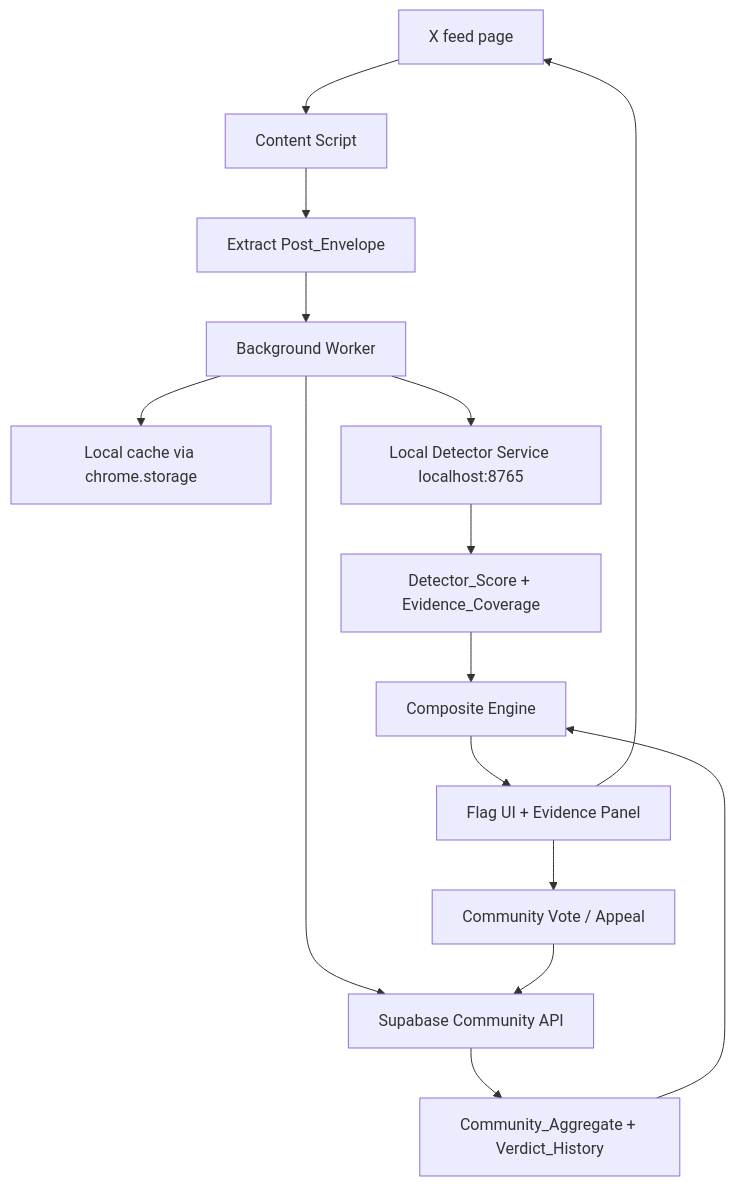
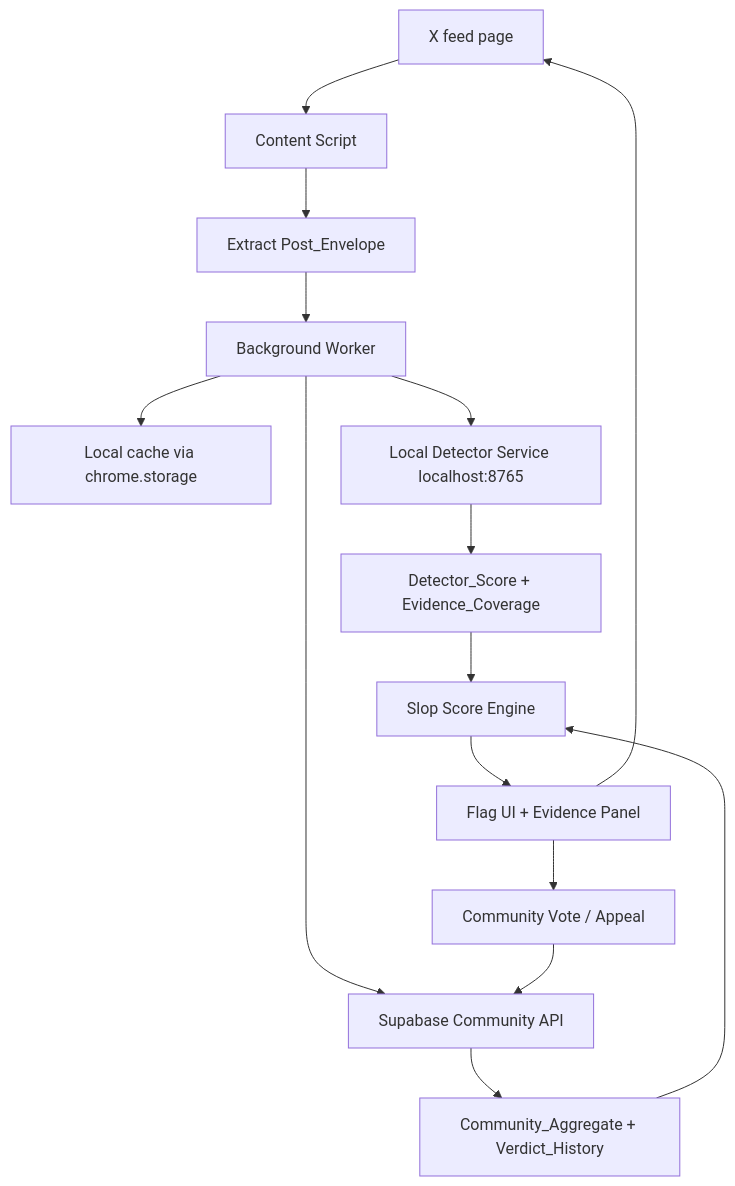
Before and after one commit to Jiyungi/slop-frog: the first of 2 diagrams in specs/slop-frog/design.md, drawn with Mermaid. The commit also changed other lines of this file and 5 other files, not shown here.

Commit message:
Rename composite score to Slop Score

````diff
--- a/specs/slop-frog/design.md
+++ b/specs/slop-frog/design.md
@@ -37,17 +37,17 @@
 ```mermaid
 graph TD
     X[X feed page] --> CS[Content Script]
     CS --> Extract[Extract Post_Envelope]
     Extract --> BG[Background Worker]
     BG --> Cache[Local cache via chrome.storage]
     BG --> Local[Local Detector Service localhost:8765]
     BG --> SB[Supabase Community API]
     Local --> Score[Detector_Score + Evidence_Coverage]
     SB --> Community[Community_Aggregate + Verdict_History]
-    Score --> Compose[Composite Engine]
+    Score --> Compose[Slop Score Engine]
     Community --> Compose
     Compose --> UI[Flag UI + Evidence Panel]
     UI --> X
     UI --> Vote[Community Vote / Appeal]
     Vote --> SB
 ```
````
